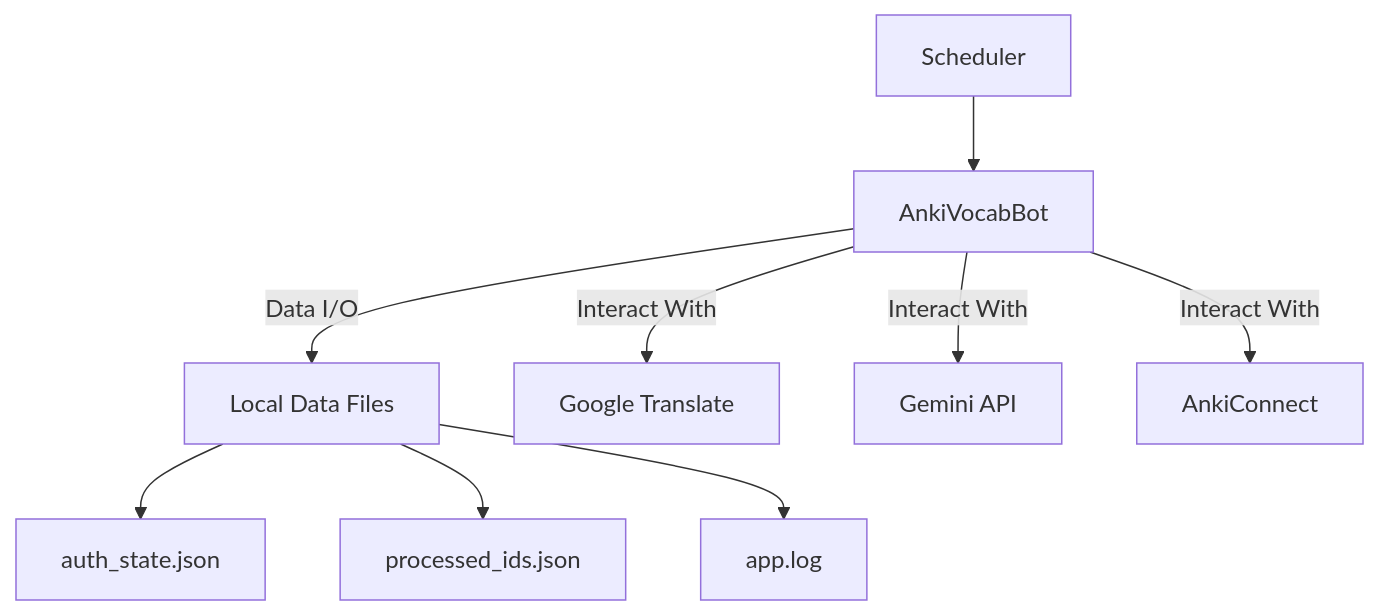
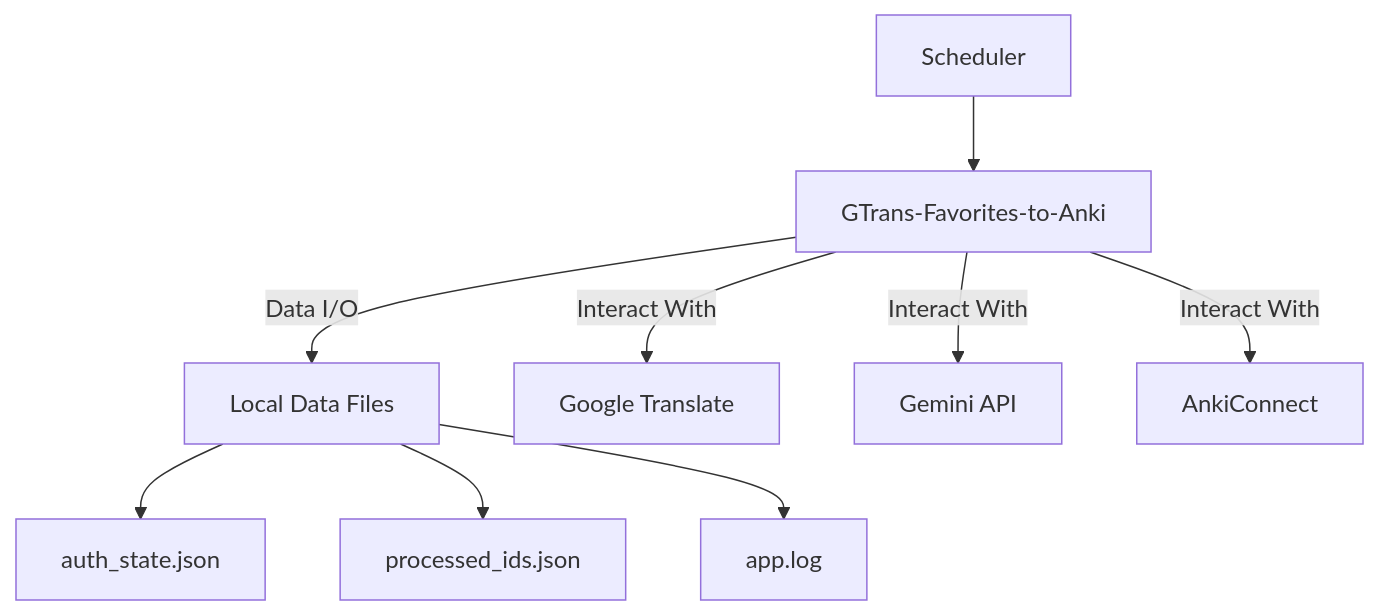
The diagram in README.md (hariNEzuMI928/GTrans-Favorites-to-Anki), drawn with Mermaid before and after one commit. The commit also changed other lines of this file, not shown here.

````diff
--- a/README.md
+++ b/README.md
@@ -37,14 +37,14 @@
 ```mermaid
 graph TD
-    SCHEDULER[Scheduler] --> SCRIPT[AnkiVocabBot];
+    SCHEDULER[Scheduler] --> SCRIPT[GTrans-Favorites-to-Anki];
 
     SCRIPT -- Data I/O --> LOCAL_FILES[Local Data Files];
     LOCAL_FILES[Local Data Files] --> auth_state[auth_state.json];
     LOCAL_FILES[Local Data Files] --> processed_ids[processed_ids.json];
     LOCAL_FILES[Local Data Files] --> app_log[app.log];
 
 
     SCRIPT -- Interact With --> GOOGLE_TRANSLATE[Google Translate];
     SCRIPT -- Interact With --> GEMINI_API[Gemini API];
     SCRIPT -- Interact With --> ANKI_CONNECT[AnkiConnect];
 ```
````
